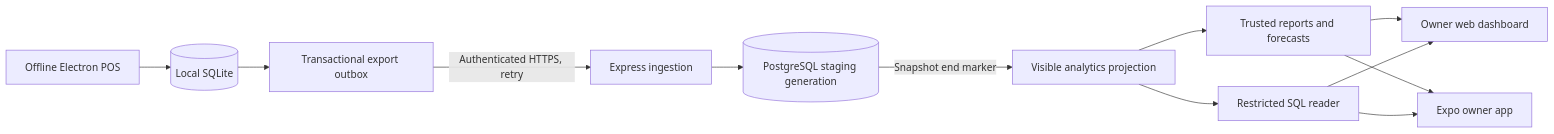
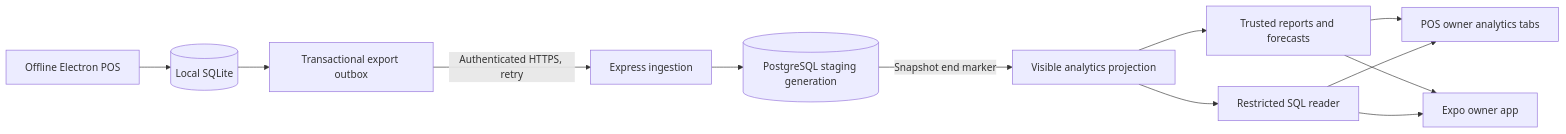
One commit to deshandinidu2001/Supermarket_billing_system changed the diagram in docs/analytics-architecture.md. Above: the diagram before and after it, drawn with Mermaid. The commit also changed other lines of this file and 42 other files, not shown here.

First line of the commit message:
feat: add owner analytics module with online analytics feature

````diff
--- a/docs/analytics-architecture.md
+++ b/docs/analytics-architecture.md
@@ -3,14 +3,14 @@
 ```mermaid
 flowchart LR
   POS[Offline Electron POS] --> SQLite[(Local SQLite)]
   SQLite --> Outbox[Transactional export outbox]
   Outbox -->|Authenticated HTTPS, retry| API[Express ingestion]
   API --> Stage[(PostgreSQL staging generation)]
   Stage -->|Snapshot end marker| Current[Visible analytics projection]
   Current --> Reports[Trusted reports and forecasts]
   Current --> Reader[Restricted SQL reader]
-  Reports --> Web[Owner web dashboard]
+  Reports --> POSView[POS owner analytics tabs]
   Reports --> Mobile[Expo owner app]
-  Reader --> Web
+  Reader --> POSView
   Reader --> Mobile
 ```
````
